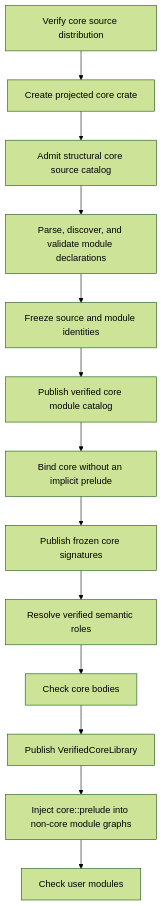
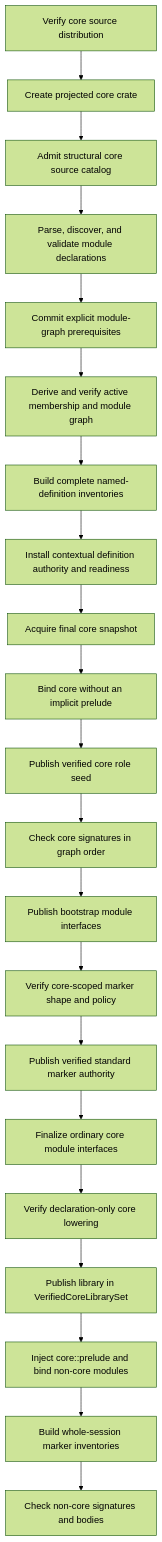
The second of 3 diagrams in docs/rfc/0025-source-backed-core-library-architecture.md (Zzzode/ZOM), drawn with Mermaid (forest theme) before and after one commit. The commit also changed other lines of this file and 47 other files, not shown here.

````diff
--- a/docs/rfc/0025-source-backed-core-library-architecture.md
+++ b/docs/rfc/0025-source-backed-core-library-architecture.md
@@ -653,15 +1032,23 @@
 ```mermaid
 flowchart TD
     D["Verify core source distribution"] --> I["Create projected core crate"]
     I --> SC["Admit structural core source catalog"]
     SC --> P["Parse, discover, and validate module declarations"]
-    P --> F["Freeze source and module identities"]
-    F --> R["Publish verified core module catalog"]
-    R --> B["Bind core without an implicit prelude"]
-    B --> S["Publish frozen core signatures"]
-    S --> SR["Resolve verified semantic roles"]
-    SR --> K["Check core bodies"]
-    K --> C["Publish VerifiedCoreLibrary"]
-    C --> G["Inject core::prelude into non-core module graphs"]
-    G --> U["Check user modules"]
+    P --> A["Commit explicit module-graph prerequisites"]
+    A --> V["Derive and verify active membership and module graph"]
+    V --> NI["Build complete named-definition inventories"]
+    NI --> AR["Install contextual definition authority and readiness"]
+    AR --> FS["Acquire final core snapshot"]
+    FS --> B["Bind core without an implicit prelude"]
+    B --> RS["Publish verified core role seed"]
+    RS --> S["Check core signatures in graph order"]
+    S --> BI["Publish bootstrap module interfaces"]
+    BI --> MP["Verify core-scoped marker shape and policy"]
+    MP --> SR["Publish verified standard marker authority"]
+    SR --> FI["Finalize ordinary core module interfaces"]
+    FI --> K["Verify declaration-only core lowering"]
+    K --> C["Publish library in VerifiedCoreLibrarySet"]
+    C --> G["Inject core::prelude and bind non-core modules"]
+    G --> WI["Build whole-session marker inventories"]
+    WI --> U["Check non-core signatures and bodies"]
 ```
````
